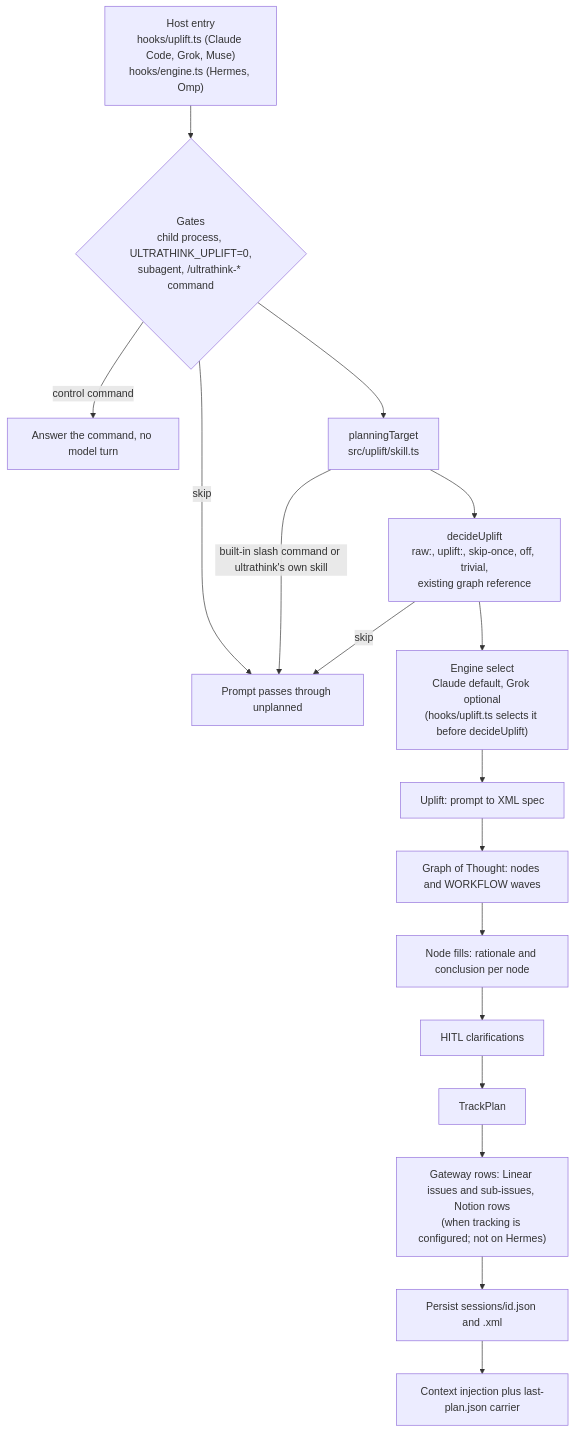
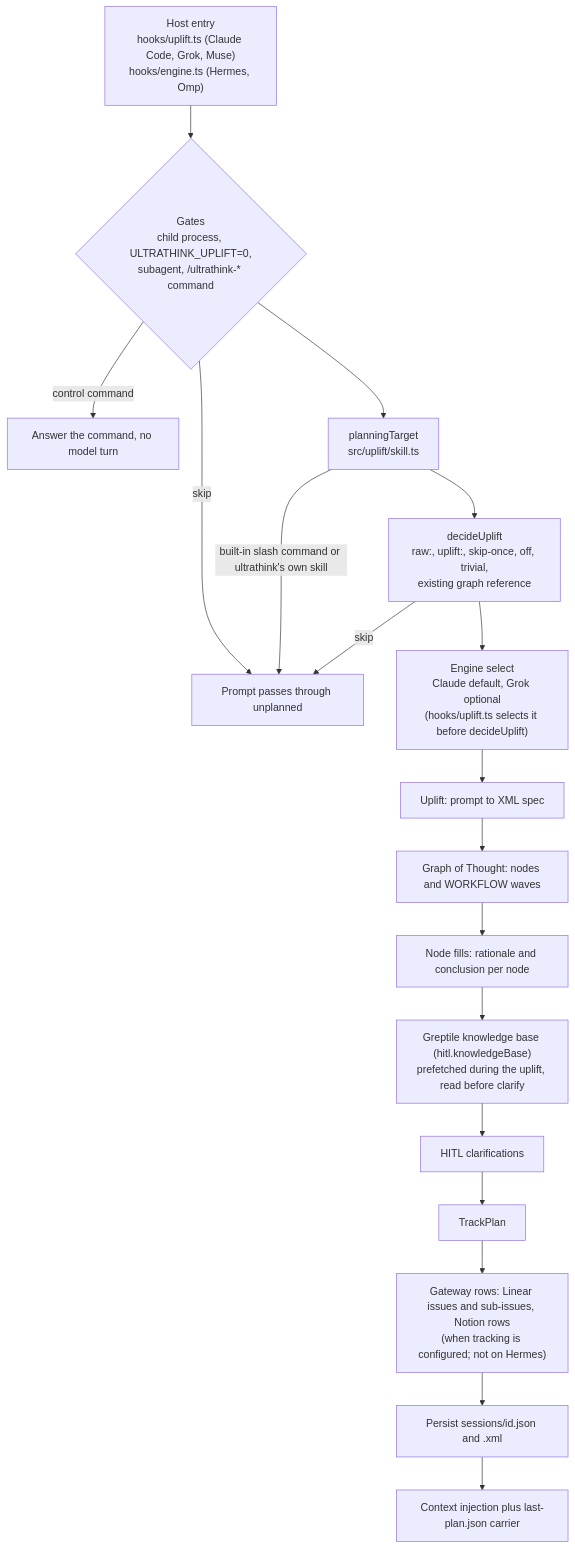
The second of 9 diagrams in docs/architecture.md (swcstudiospace/claude-ultrathink), drawn with Mermaid before and after one commit. The commit also changed other lines of this file and 43 other files, not shown here.

````diff
--- a/docs/architecture.md
+++ b/docs/architecture.md
@@ -91,19 +92,20 @@
 ```mermaid
 flowchart TD
     A["Host entry<br/>hooks/uplift.ts (Claude Code, Grok, Muse)<br/>hooks/engine.ts (Hermes, Omp)"] --> B{"Gates<br/>child process, ULTRATHINK_UPLIFT=0,<br/>subagent, /ultrathink-* command"}
     B -- "control command" --> R["Answer the command, no model turn"]
     B -- "skip" --> Z["Prompt passes through unplanned"]
     B --> C["planningTarget<br/>src/uplift/skill.ts"]
     C -- "built-in slash command or ultrathink's own skill" --> Z
     C --> D["decideUplift<br/>raw:, uplift:, skip-once, off, trivial,<br/>existing graph reference"]
     D -- "skip" --> Z
     D --> E["Engine select<br/>Claude default, Grok optional<br/>(hooks/uplift.ts selects it before decideUplift)"]
     E --> F["Uplift: prompt to XML spec"]
     F --> G["Graph of Thought: nodes and WORKFLOW waves"]
     G --> H["Node fills: rationale and conclusion per node"]
-    H --> I["HITL clarifications"]
+    H --> KB["Greptile knowledge base (hitl.knowledgeBase)<br/>prefetched during the uplift, read before clarify"]
+    KB --> I["HITL clarifications"]
     I --> J["TrackPlan"]
     J --> K["Gateway rows: Linear issues and sub-issues, Notion rows<br/>(when tracking is configured; not on Hermes)"]
     K --> L["Persist sessions/id.json and .xml"]
     L --> M["Context injection plus last-plan.json carrier"]
 ```
````
